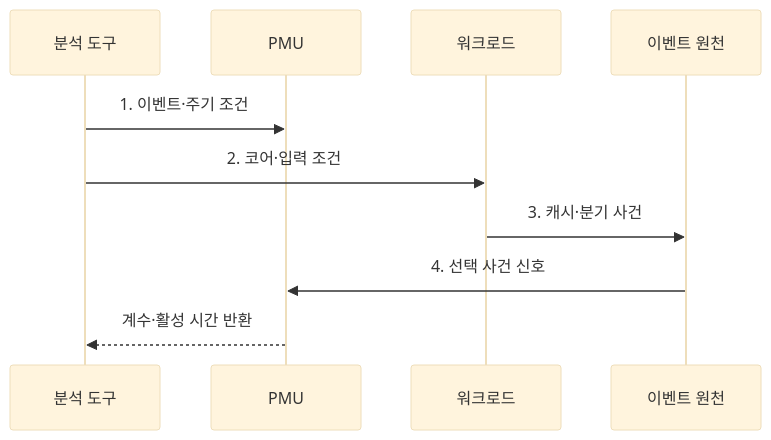
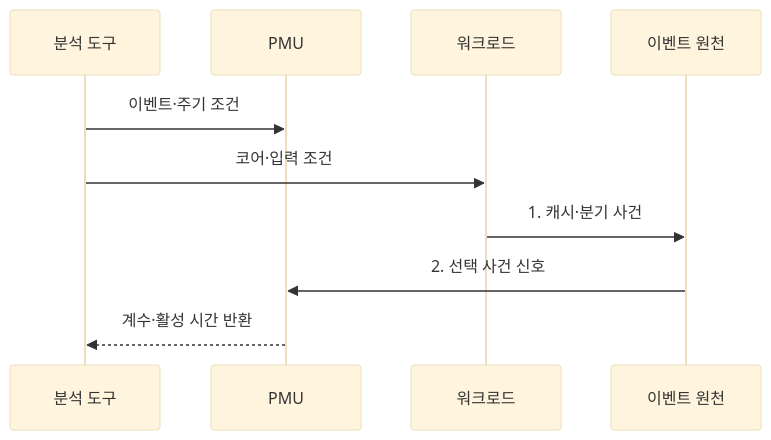
One commit to agnusdei1207/knowledge-base changed the second of 2 diagrams in src/content/docs/notes/02-hardware/091_hardware_performance_counter_pmu.md. Above: the diagram before and after it, drawn with Mermaid (base theme). The commit also changed other lines of this file and 12 other files, not shown here.

````diff
--- a/src/content/docs/notes/02-hardware/091_hardware_performance_counter_pmu.md
+++ b/src/content/docs/notes/02-hardware/091_hardware_performance_counter_pmu.md
@@ -103,12 +103,12 @@
 ```mermaid
 sequenceDiagram
     participant A as 분석 도구
     participant P as PMU
     participant W as 워크로드
     participant E as 이벤트 원천
-    A->>P: 1. 이벤트·주기 조건
-    A->>W: 2. 코어·입력 조건
-    W->>E: 3. 캐시·분기 사건
-    E->>P: 4. 선택 사건 신호
+    A->>P: 이벤트·주기 조건
+    A->>W: 코어·입력 조건
+    W->>E: 1. 캐시·분기 사건
+    E->>P: 2. 선택 사건 신호
     P-->>A: 계수·활성 시간 반환
 ```
````
